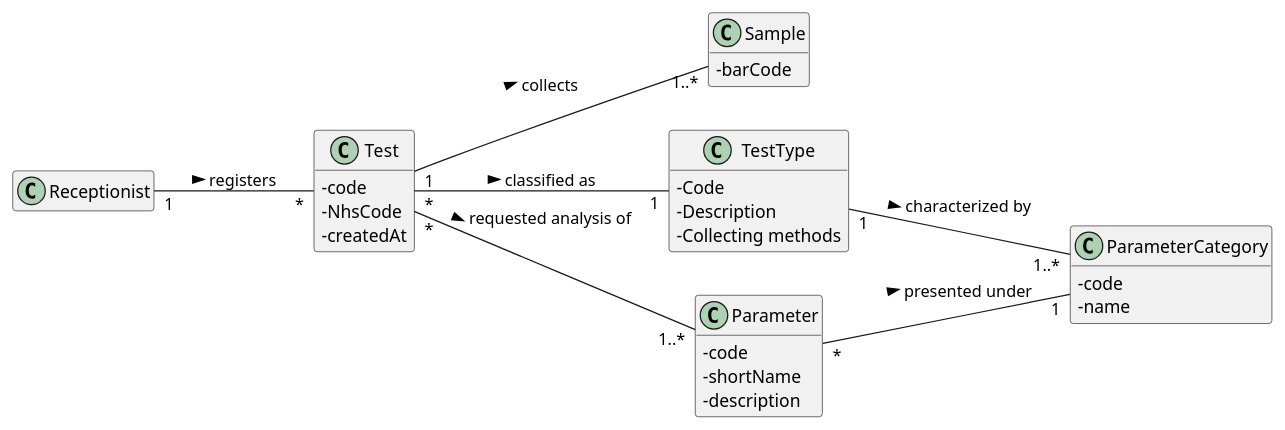
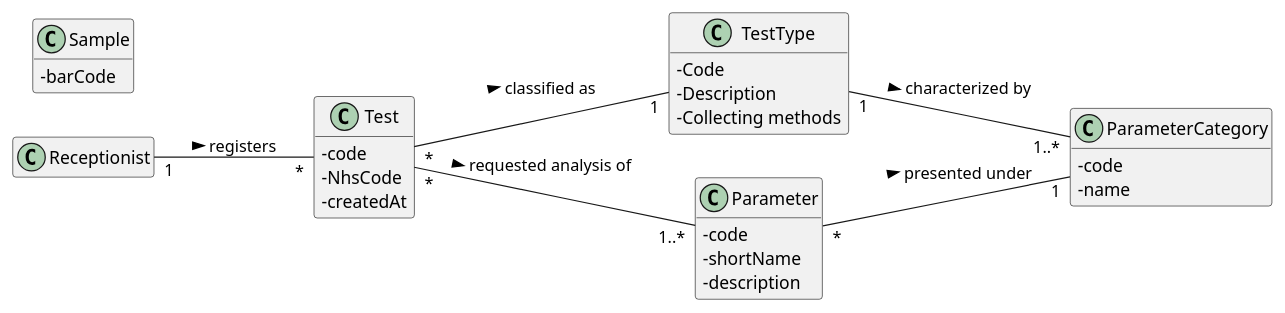
The diagram in docs/SprintC/US_4/US4_DM.puml (ana-albergaria/LAPR2-ISEP), drawn with PlantUML before and after one commit. The commit also changed 7 other files, not shown here.

```diff
--- a/docs/SprintC/US_4/US4_DM.puml
+++ b/docs/SprintC/US_4/US4_DM.puml
@@ -1,43 +1,42 @@
 @startuml
 
 left to right direction
 skinparam classAttributeIconSize 0
 hide empty methods
 hide empty attributes
 
 class Test{
 - code
 - NhsCode
 - createdAt
 }
 
 class ParameterCategory{
   -code
   -name
 }
 
 class Receptionist{}
 
 class Sample{
 - barCode
 }
 
 class TestType{
 - Code
 - Description
 - Collecting methods
 }
 
 class Parameter{
 - code
 - shortName
 - description
 }
 
 Test "*" -- "1" TestType : classified as >
-Test "1" -- "1..*" Sample : collects >
 Test "*" -- "1..*" Parameter : requested analysis of >
 Receptionist "1" -- "*" Test : registers >
 Parameter "*" -- "1" ParameterCategory: presented under >
 TestType "1" -- "1..*" ParameterCategory : characterized by >
 @enduml
```
